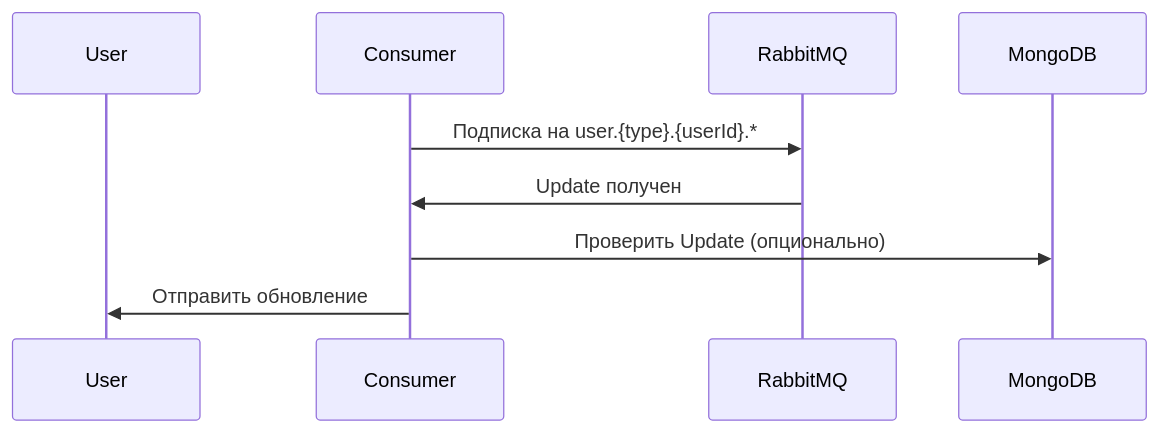
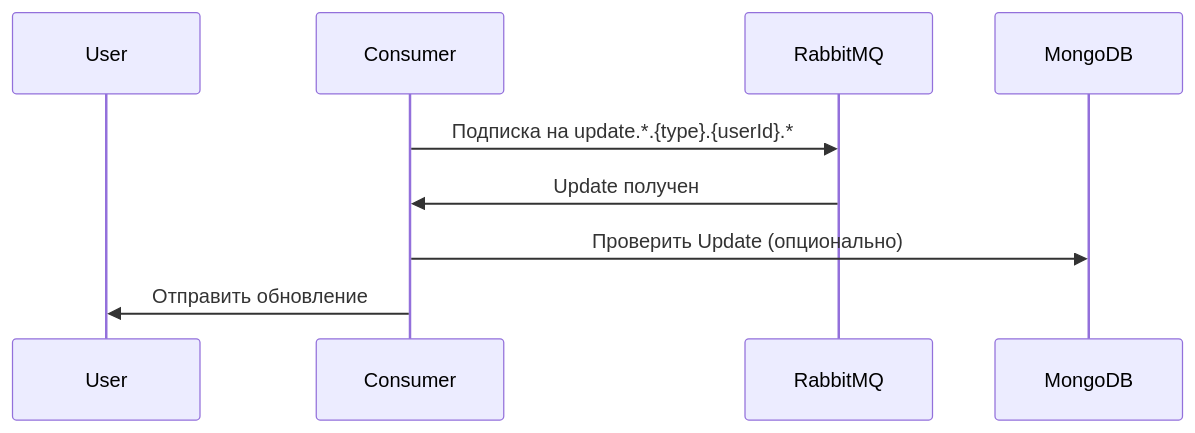
Before and after one commit to antirek/chat3: the fourth of 4 diagrams in docs/ARCHITECTURE.md, drawn with Mermaid. The commit also changed other lines of this file and 10 other files, not shown here.

````diff
--- a/docs/ARCHITECTURE.md
+++ b/docs/ARCHITECTURE.md
@@ -127,12 +176,12 @@
 ```mermaid
 sequenceDiagram
     participant User
     participant Consumer
     participant RabbitMQ
     participant MongoDB
     
-    Consumer->>RabbitMQ: Подписка на user.{type}.{userId}.*
+    Consumer->>RabbitMQ: Подписка на update.*.{type}.{userId}.*
     RabbitMQ->>Consumer: Update получен
     Consumer->>MongoDB: Проверить Update (опционально)
     Consumer->>User: Отправить обновление
 ```
````
